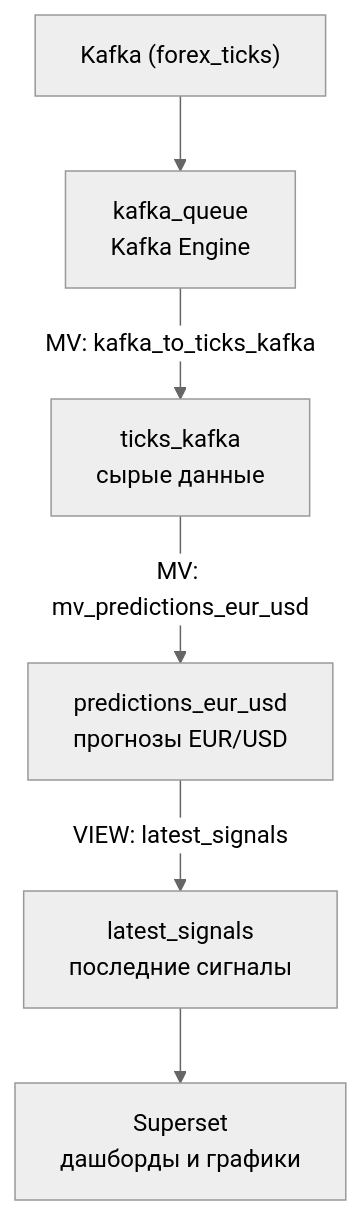
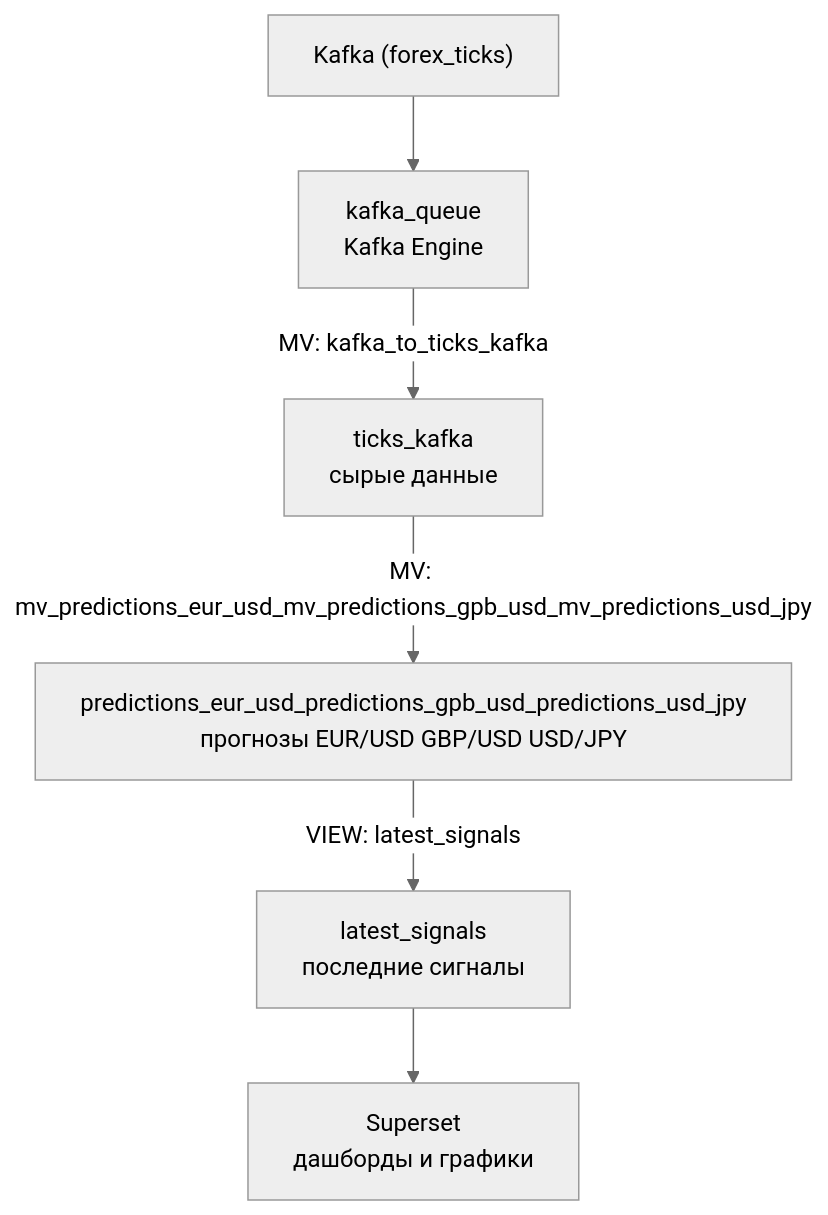
The diagram in forex-analytics/architecture/etl_pipline.md (skazka064/otus_clickhouse), drawn with Mermaid (neutral theme) before and after one commit.

````diff
--- a/forex-analytics/architecture/etl_pipline.md
+++ b/forex-analytics/architecture/etl_pipline.md
@@ -1,8 +1,8 @@
 ```mermaid
 graph TD
     A["Kafka (forex_ticks)"] --> B["kafka_queue<br>Kafka Engine"]
     B -->|"MV: kafka_to_ticks_kafka"| C["ticks_kafka<br>сырые данные"]
-    C -->|"MV: mv_predictions_eur_usd"| D["predictions_eur_usd<br>прогнозы EUR/USD"]
+    C -->|"MV: mv_predictions_eur_usd_mv_predictions_gpb_usd_mv_predictions_usd_jpy"| D["predictions_eur_usd_predictions_gpb_usd_predictions_usd_jpy<br>прогнозы EUR/USD GBP/USD USD/JPY"]
     D -->|"VIEW: latest_signals"| E["latest_signals<br>последние сигналы"]
     E --> F["Superset<br>дашборды и графики"]
 ```
````
